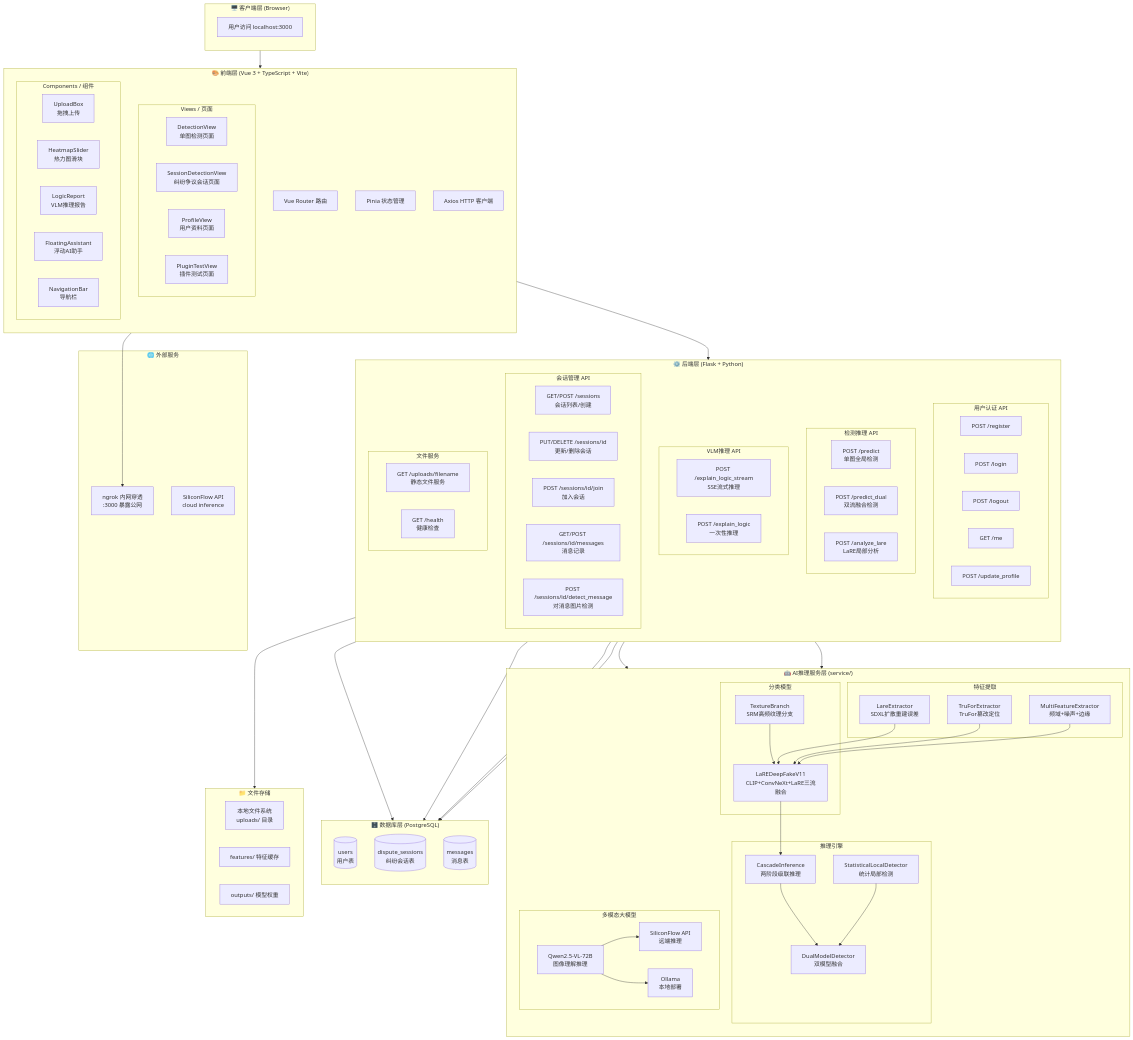
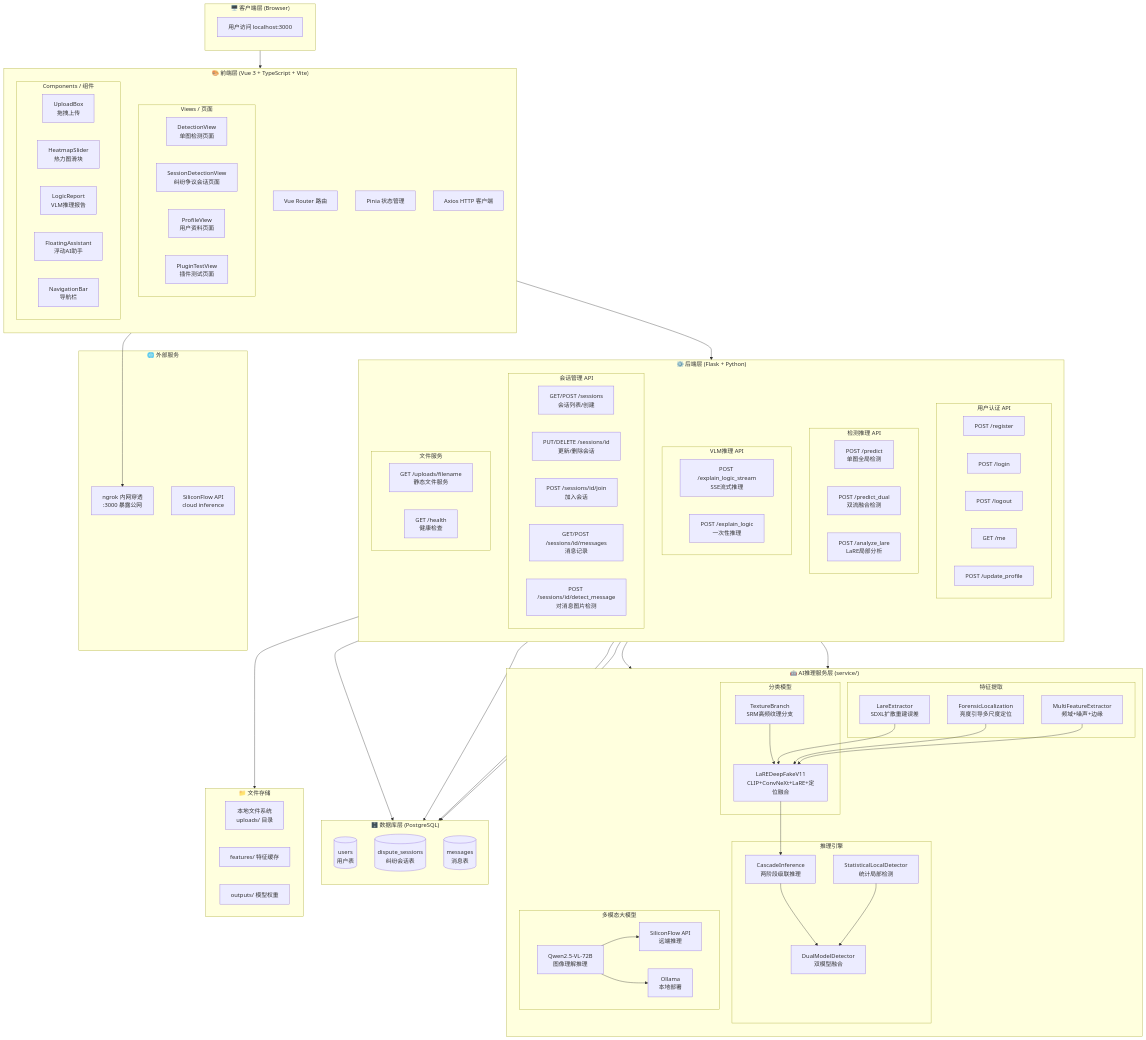
The first of 7 diagrams in docs/平台功能架构图.md (sayalinese/LaTF), drawn with Mermaid before and after one commit. The commit also changed other lines of this file and 83 other files, not shown here.

```diff
--- a/docs/平台功能架构图.md
+++ b/docs/平台功能架构图.md
@@ -78,12 +78,12 @@
 
         subgraph FEATURE["特征提取"]
             LE[LareExtractor\nSDXL扩散重建误差]
-            TF[TruForExtractor\nTruFor篡改定位]
+            TF[ForensicLocalization\n亮度引导多尺度定位]
             MF[MultiFeatureExtractor\n频域+噪声+边缘]
         end
 
         subgraph MODEL["分类模型"]
-            V11[LaREDeepFakeV11\nCLIP+ConvNeXt+LaRE三流融合]
+            V11[LaREDeepFakeV11\nCLIP+ConvNeXt+LaRE+定位融合]
             TB[TextureBranch\nSRM高频纹理分支]
         end
 
```
